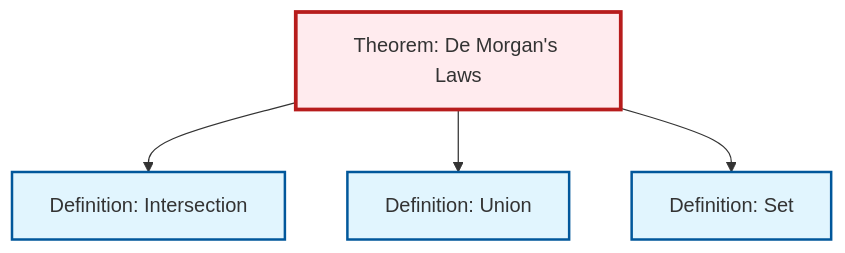
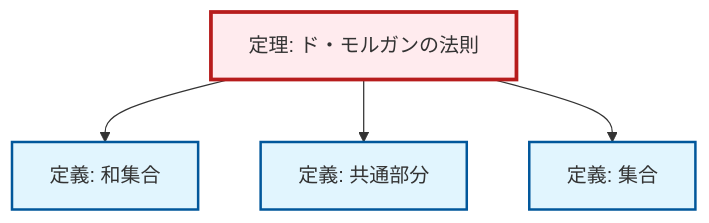
One commit to RK0429/ModernMath changed the diagram in content/ja/logic-set-theory/thm-de-morgan.qmd. Above: the diagram before and after it, drawn with Mermaid. The commit also changed 1069 other files, not shown here.

````diff
--- a/content/ja/logic-set-theory/thm-de-morgan.qmd
+++ b/content/ja/logic-set-theory/thm-de-morgan.qmd
@@ -79,20 +79,20 @@
 ```{mermaid}
 %%| fig-cap: "Local dependency graph"
 graph TD
     classDef definition fill:#e1f5fe,stroke:#01579b,stroke-width:2px
     classDef theorem fill:#f3e5f5,stroke:#4a148c,stroke-width:2px
     classDef axiom fill:#fff3e0,stroke:#e65100,stroke-width:2px
     classDef example fill:#e8f5e9,stroke:#1b5e20,stroke-width:2px
     classDef current fill:#ffebee,stroke:#b71c1c,stroke-width:3px
-    def-set["Definition: Set"]:::definition
-    def-intersection["Definition: Intersection"]:::definition
-    def-union["Definition: Union"]:::definition
-    thm-de-morgan["Theorem: De Morgan's Laws"]:::theorem
+    def-union["定義: 和集合"]:::definition
+    def-intersection["定義: 共通部分"]:::definition
+    thm-de-morgan["定理: ド・モルガンの法則"]:::theorem
+    def-set["定義: 集合"]:::definition
+    thm-de-morgan --> def-union
     thm-de-morgan --> def-intersection
-    thm-de-morgan --> def-union
     thm-de-morgan --> def-set
     class thm-de-morgan current
-    click def-set "def-set.html" "Definition: Setへ"
-    click def-intersection "def-intersection.html" "Definition: Intersectionへ"
-    click def-union "def-union.html" "Definition: Unionへ"
+    click def-union "def-union.html" "和集合の定義へ"
+    click def-intersection "def-intersection.html" "共通部分の定義へ"
+    click def-set "def-set.html" "集合の定義へ"
 ```
````
